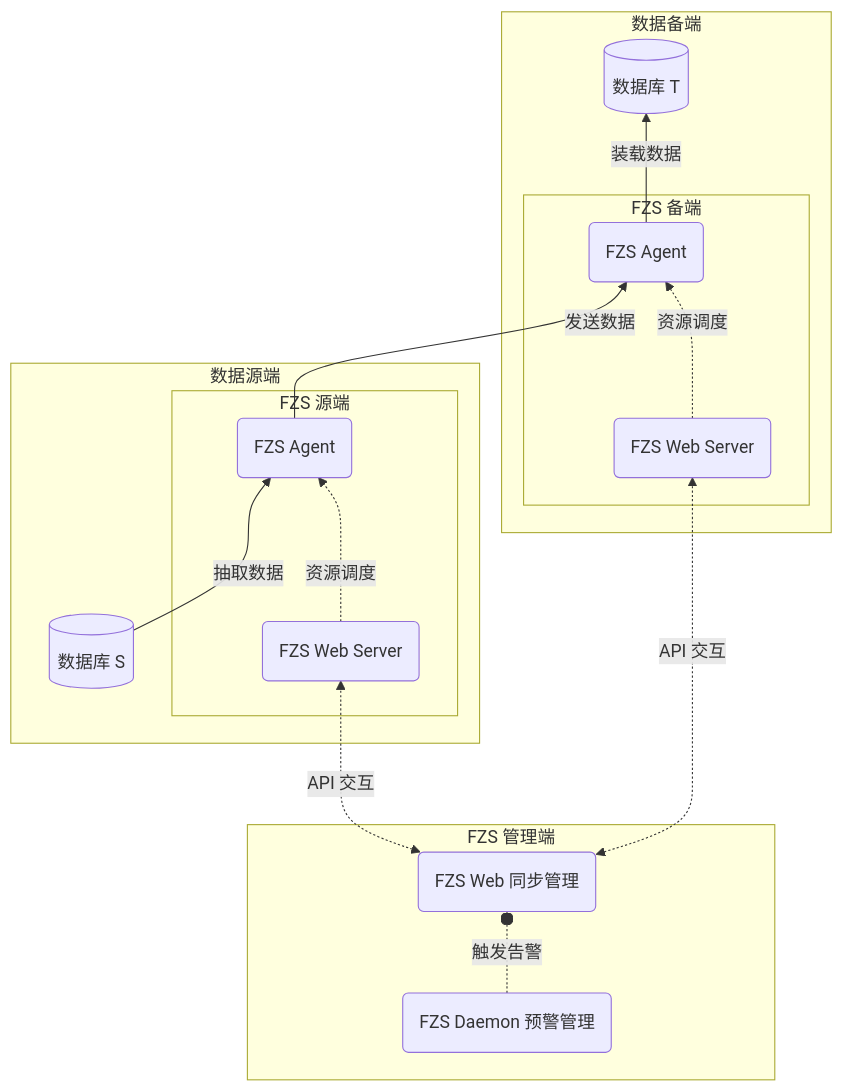
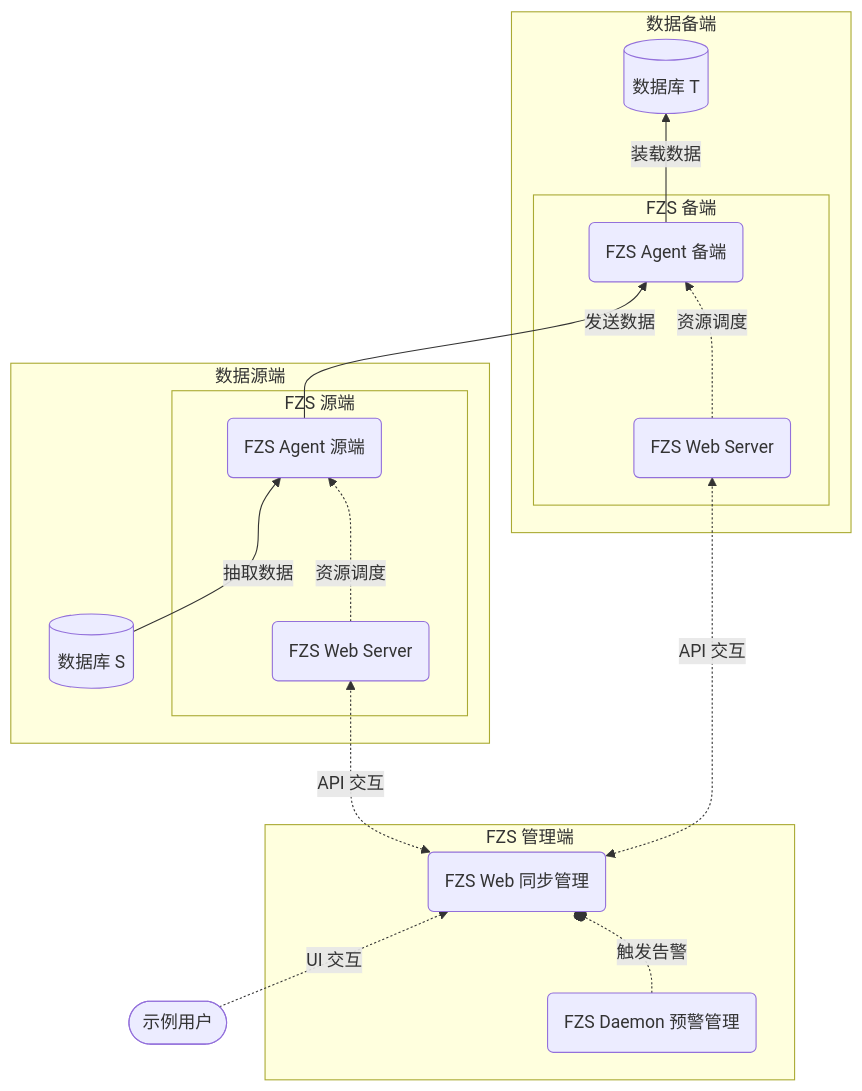
One commit to 9bridges/fzs-docs changed the diagram in docs/intro/product/architecture.md. Above: the diagram before and after it, drawn with Mermaid. The commit also changed other lines of this file, not shown here.

Commit message:
add example user

````diff
--- a/docs/intro/product/architecture.md
+++ b/docs/intro/product/architecture.md
@@ -15,27 +9,28 @@
 ```mermaid
 flowchart BT
   source-agent -- 发送数据 --> sink-agent
   fzs-web <-. API 交互 .-> source-web-server
   fzs-web <-. API 交互 .-> sink-web-server
+  user-ex([示例用户]) -. UI 交互 .-> fzs-web
   subgraph 数据源端
     source-db[(数据库 S)] -- 抽取数据 --> source-agent
     subgraph fzs-source [FZS 源端]
       source-web-server(FZS Web Server)
-      source-agent(FZS Agent)
+      source-agent(FZS Agent 源端)
       source-web-server -. 资源调度 .-> source-agent
     end
   end
   subgraph FZS 管理端
     fzs-daemon(FZS Daemon 预警管理)
     fzs-web(FZS Web 同步管理)
     fzs-daemon -. 触发告警 .-o fzs-web
   end
   subgraph 数据备端
     sink-agent -- 装载数据 --> sink-db[(数据库 T)]
     subgraph fzs-sink [FZS 备端]
       sink-web-server(FZS Web Server)
-      sink-agent(FZS Agent)
+      sink-agent(FZS Agent 备端)
       sink-web-server -. 资源调度 .-> sink-agent
     end
   end
 ```
````
